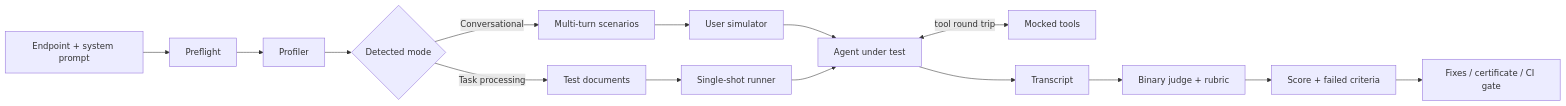
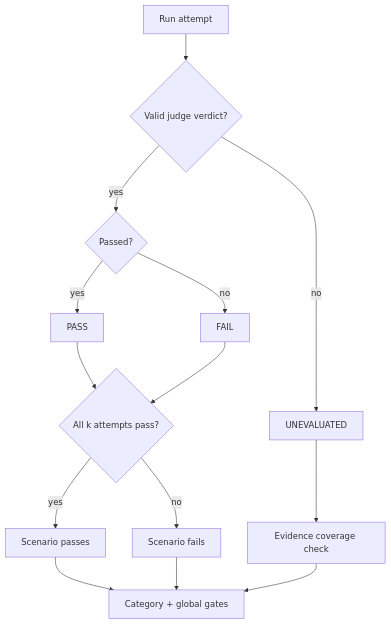
One commit to isidropasman/agent-evals changed the second of 3 diagrams in README.md. Above: the diagram before and after it, drawn with Mermaid. The commit also changed other lines of this file, not shown here.

````diff
--- a/README.md
+++ b/README.md
@@ -183,17 +94,16 @@
 ```mermaid
-flowchart LR
-    A[Endpoint + system prompt] --> B[Preflight]
-    B --> C[Profiler]
-    C --> D{Detected mode}
-    D -->|Conversational| E[Multi-turn scenarios]
-    D -->|Task processing| F[Test documents]
-    E --> G[User simulator]
-    F --> H[Single-shot runner]
-    G --> I[Agent under test]
-    H --> I
-    I <-->|tool round trip| J[Mocked tools]
-    I --> K[Transcript]
-    K --> L[Binary judge + rubric]
-    L --> M[Score + failed criteria]
-    M --> N[Fixes / certificate / CI gate]
+flowchart TD
+    A[Run attempt] --> B{Valid judge verdict?}
+    B -->|no| C[UNEVALUATED]
+    B -->|yes| D{Passed?}
+    D -->|yes| E[PASS]
+    D -->|no| F[FAIL]
+    E --> G{All k attempts pass?}
+    F --> G
+    G -->|yes| H[Scenario passes]
+    G -->|no| I[Scenario fails]
+    C --> J[Evidence coverage check]
+    H --> K[Category + global gates]
+    I --> K
+    J --> K
 ```
````
